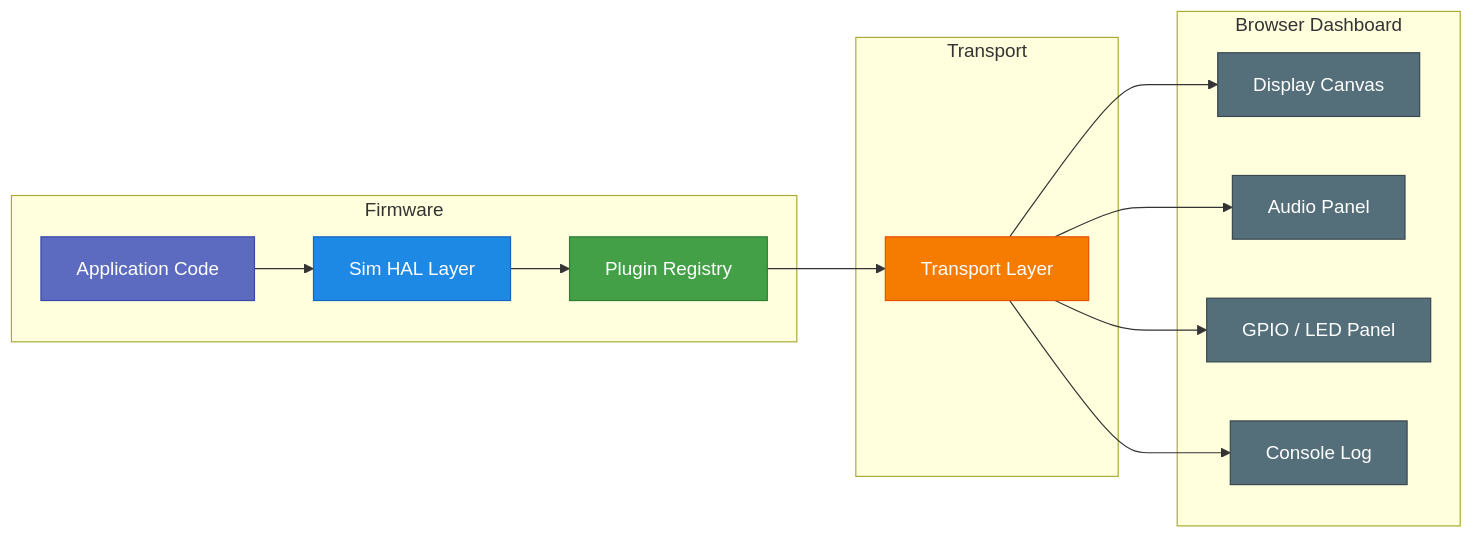
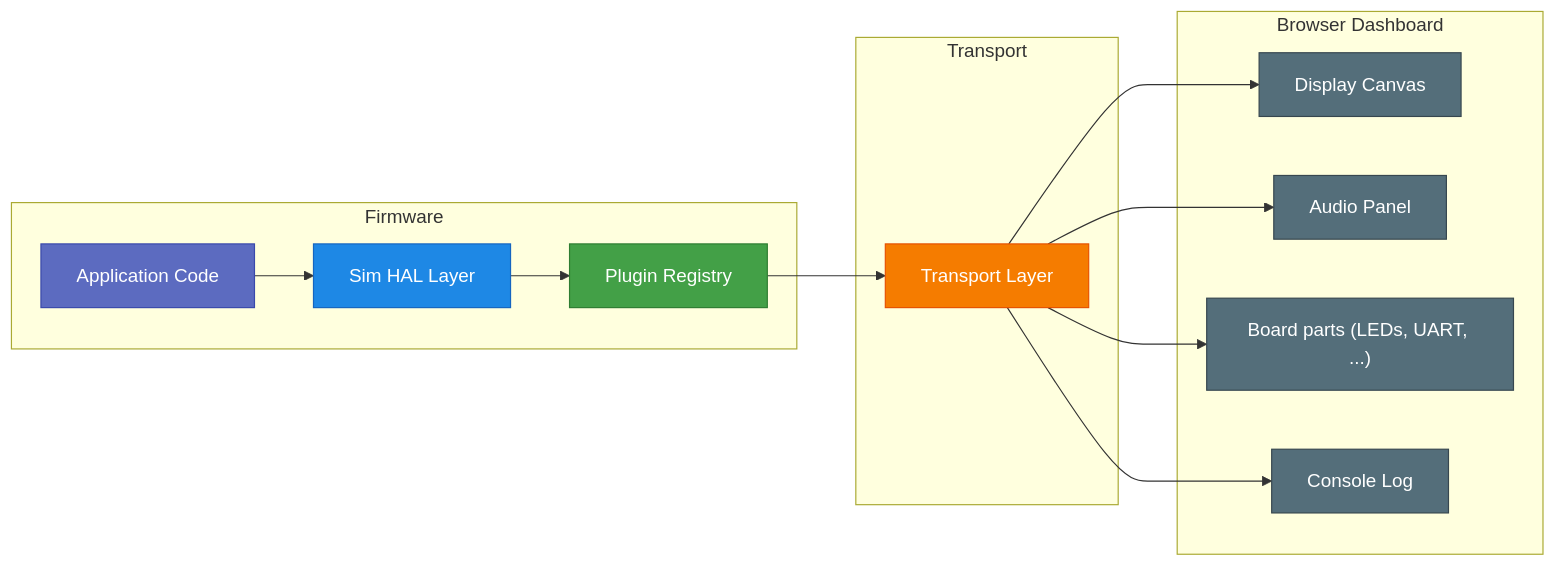
One commit to Varcain/oveRTOS changed the diagram in docs-site/docs/build-system/sim.md. Above: the diagram before and after it, drawn with Mermaid. The commit also changed other lines of this file and 11 other files, not shown here.

````diff
--- a/docs-site/docs/build-system/sim.md
+++ b/docs-site/docs/build-system/sim.md
@@ -9,31 +9,31 @@
 ```mermaid
 flowchart LR
     subgraph Firmware
         APP["Application Code"]
         HAL["Sim HAL Layer"]
         PLUG["Plugin Registry"]
     end
 
     subgraph Transport
         TR["Transport Layer"]
     end
 
     subgraph Dashboard["Browser Dashboard"]
         DISP["Display Canvas"]
         AUDIO["Audio Panel"]
-        GPIO_P["GPIO / LED Panel"]
+        GPIO_P["Board parts (LEDs, UART, ...)"]
         CONSOLE["Console Log"]
     end
 
     APP --> HAL --> PLUG --> TR
     TR --> DISP & AUDIO & GPIO_P & CONSOLE
 
     style APP fill:#5c6bc0,stroke:#3949ab,color:#fff
     style HAL fill:#1e88e5,stroke:#1565c0,color:#fff
     style PLUG fill:#43a047,stroke:#2e7d32,color:#fff
     style TR fill:#f57c00,stroke:#e65100,color:#fff
     style DISP fill:#546e7a,stroke:#37474f,color:#fff
     style AUDIO fill:#546e7a,stroke:#37474f,color:#fff
     style GPIO_P fill:#546e7a,stroke:#37474f,color:#fff
     style CONSOLE fill:#546e7a,stroke:#37474f,color:#fff
 ```
````
